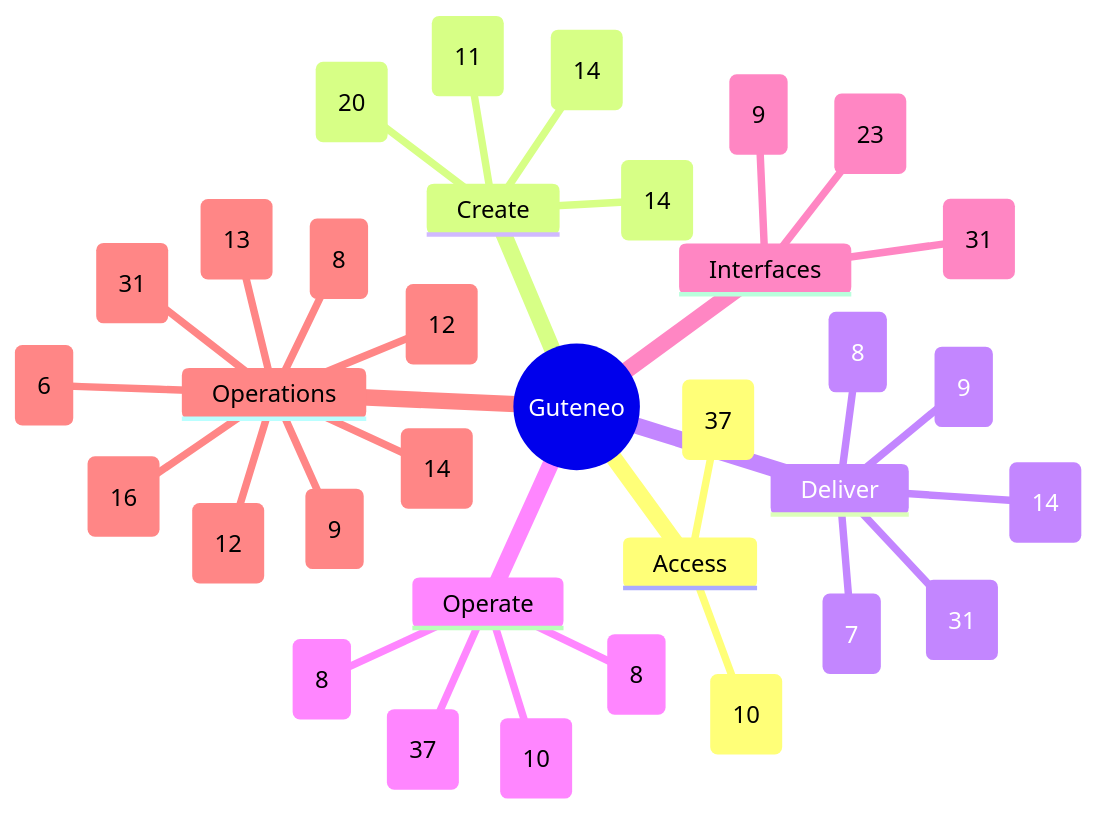
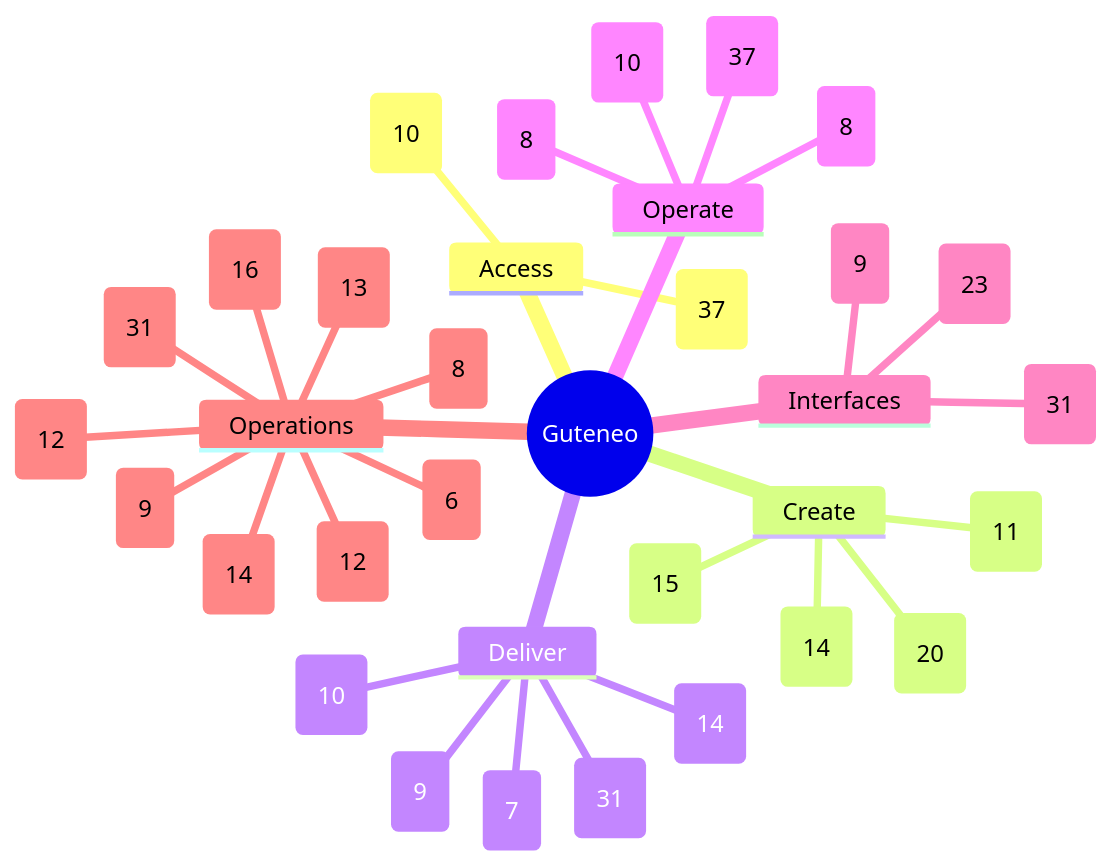
The diagram in docs/FEATURE_MAP.md (nclsppr/guteneo), drawn with Mermaid before and after one commit. The commit also changed other lines of this file and 98 other files, not shown here.

````diff
--- a/docs/FEATURE_MAP.md
+++ b/docs/FEATURE_MAP.md
@@ -13,37 +13,37 @@
 ```mermaid
 mindmap
   root((Guteneo))
     Access
       Access and identity (37)
       Team and responsibilities (10)
     Create
       Documents and protection (20)
       Template studio (14)
       Data and mappings (11)
-      PDF generation and distribution (14)
+      PDF generation and distribution (15)
     Deliver
       Fax (9)
-      Postal mail (8)
+      Postal mail (10)
       Email and protected links (14)
       Sensitive distribution and personal documents (31)
       Dispatch dry run (7)
     Operate
       Campaigns and tracking (8)
       Credits and billing (8)
       Workspace layout and browser appearance (37)
       PDF verification (10)
     Interfaces
       Assistants and API (31)
       iPhone and iPad (9)
       Public pages, languages and appearance (23)
     Operations
       Reviewer OAuth qualification (9)
       Operations and reliability (31)
       Belvédère platform oversight (14)
       Public service status (16)
       Engineering documentation (12)
       Codex Cloud development (8)
       Continuous reviewer preparation (6)
       Automatic fax tariff maintenance (13)
       Consumed provider freshness and J-1 alerts (12)
 ```
````
